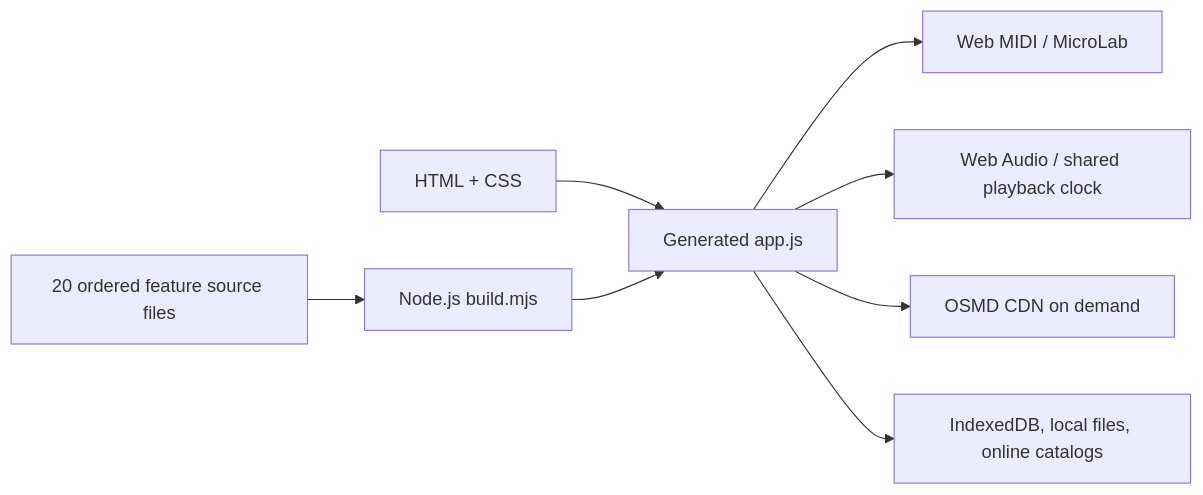
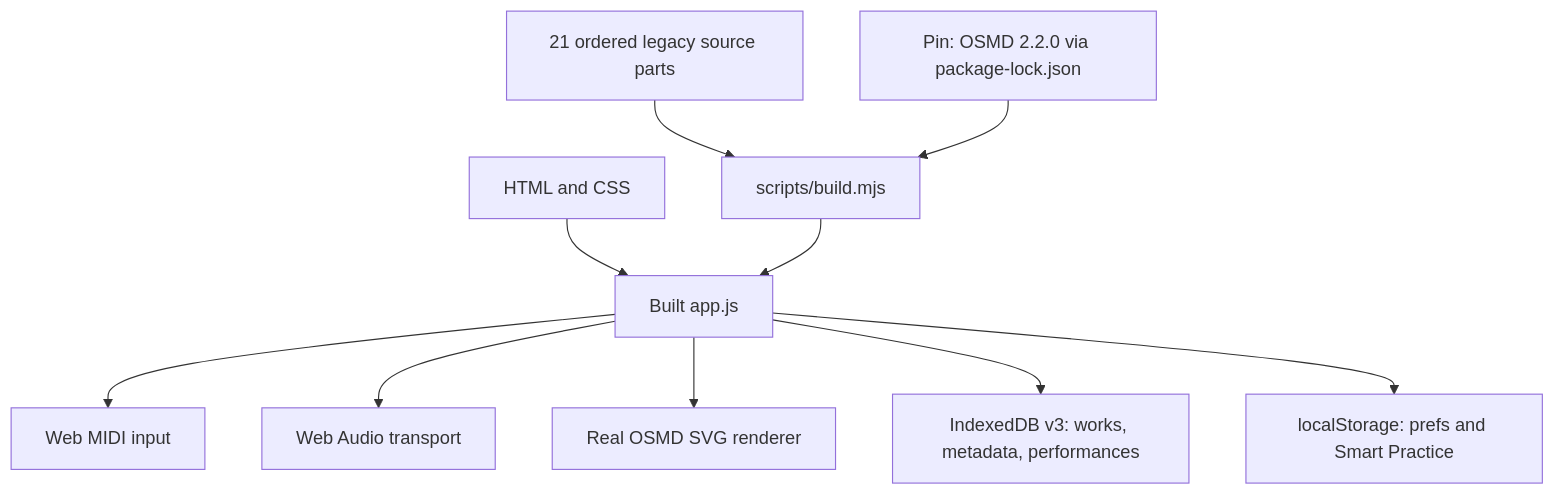
Before and after one commit to shafranek-js/play-along: the diagram in ARCHITECTURE.md, drawn with Mermaid. The commit also changed other lines of this file and 2 other files, not shown here.

Commit message:
Use locked npm ci and refresh current architecture/documentation

````diff
--- a/ARCHITECTURE.md
+++ b/ARCHITECTURE.md
@@ -5,10 +7,12 @@
 ```mermaid
-flowchart LR
-  UI[HTML + CSS] --> Bundle[Generated app.js]
-  Sources[20 ordered feature source files] --> Builder[Node.js build.mjs]
-  Builder --> Bundle
-  Bundle --> MIDI[Web MIDI / MicroLab]
-  Bundle --> Audio[Web Audio / shared playback clock]
-  Bundle --> OSMD[OSMD CDN on demand]
-  Bundle --> Collections[IndexedDB, local files, online catalogs]
+flowchart TD
+  A[HTML and CSS] --> B[Built app.js]
+  F[21 ordered legacy source parts] --> C[scripts/build.mjs]
+  C --> B
+  P[Pin: OSMD 2.2.0 via package-lock.json] --> C
+  B --> M[Web MIDI input]
+  B --> T[Web Audio transport]
+  B --> S[Real OSMD SVG renderer]
+  B --> L[IndexedDB v3: works, metadata, performances]
+  B --> U[localStorage: prefs and Smart Practice]
 ```
````
